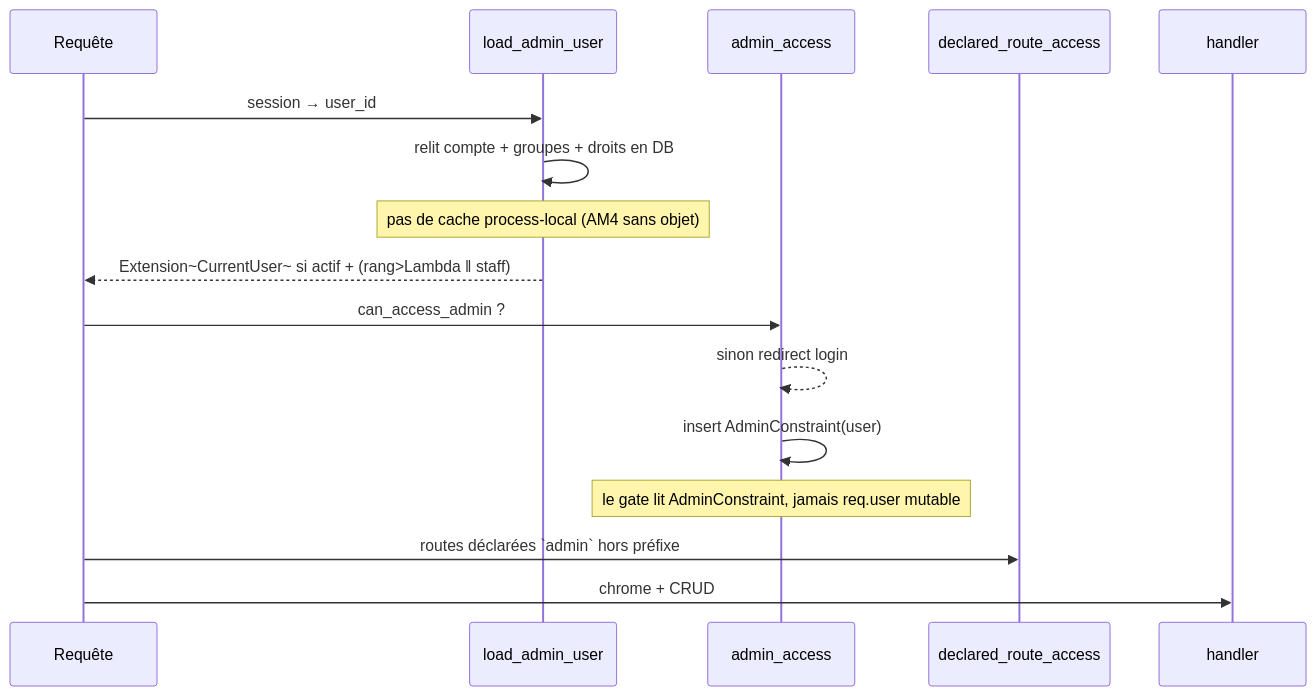
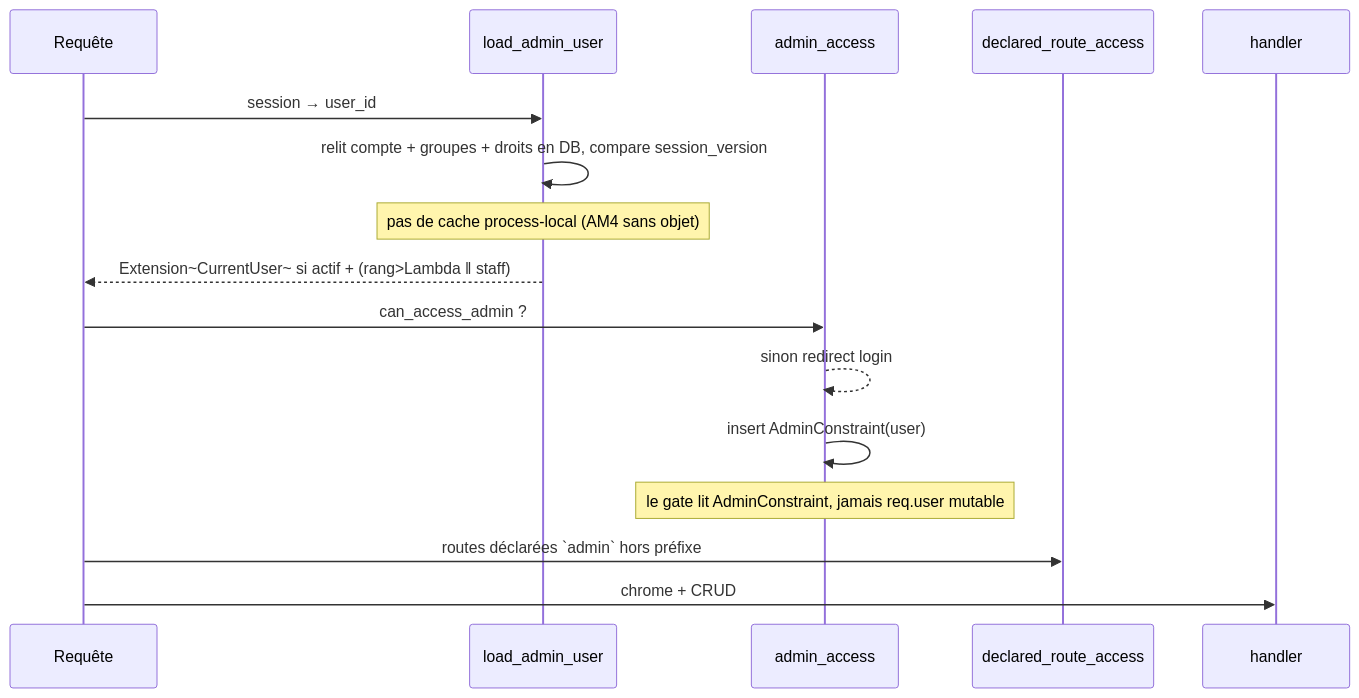
The third of 5 diagrams in diagramme/uml/admin/admin-complements.md (seb-alliot/runique), drawn with Mermaid before and after one commit. The commit also changed other lines of this file and 56 other files, not shown here.

````diff
--- a/diagramme/uml/admin/admin-complements.md
+++ b/diagramme/uml/admin/admin-complements.md
@@ -83,19 +85,19 @@
 ```mermaid
 sequenceDiagram
     participant R as Requête
     participant LU as load_admin_user
     participant AA as admin_access
     participant DR as declared_route_access
     participant H as handler
 
     R->>LU: session → user_id
-    LU->>LU: relit compte + groupes + droits en DB
+    LU->>LU: relit compte + groupes + droits en DB, compare session_version
     Note over LU: pas de cache process-local (AM4 sans objet)
     LU-->>R: Extension~CurrentUser~ si actif + (rang>Lambda ‖ staff)
     R->>AA: can_access_admin ?
     AA-->>AA: sinon redirect login
     AA->>AA: insert AdminConstraint(user)
     Note over AA: le gate lit AdminConstraint, jamais req.user mutable
     R->>DR: routes déclarées `admin` hors préfixe
     R->>H: chrome + CRUD
 ```
````
